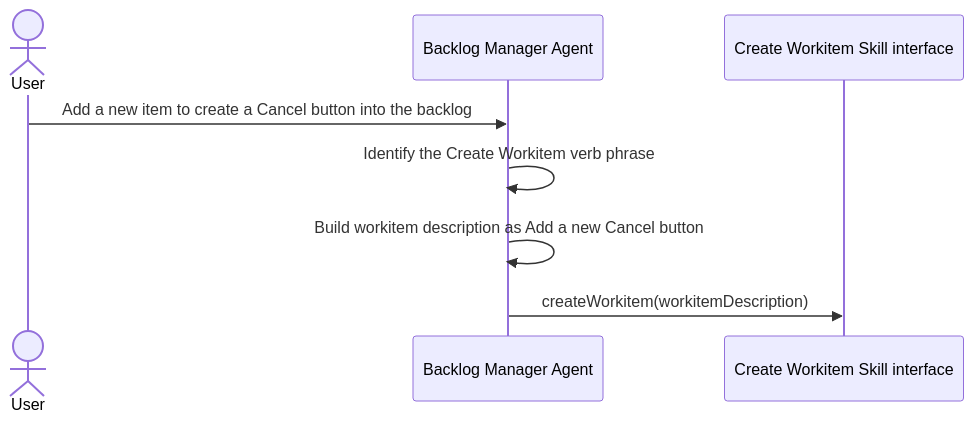
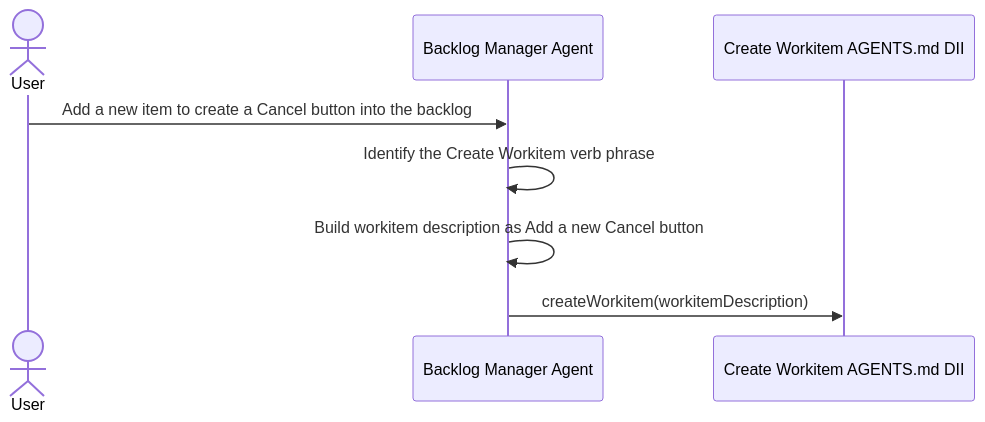
Before and after one commit to martinbechard/dev-methodology: the fourth of 10 diagrams in design/object-oriented-agent-and-skill-model.md, drawn with Mermaid. The commit also changed other lines of this file and 2 other files, not shown here.

````diff
--- a/design/object-oriented-agent-and-skill-model.md
+++ b/design/object-oriented-agent-and-skill-model.md
@@ -171,11 +172,11 @@
 ```mermaid
 sequenceDiagram
     actor User
     participant Agent as Backlog Manager Agent
-    participant Interface as Create Workitem Skill interface
+    participant Interface as Create Workitem AGENTS.md DII
 
     User->>Agent: Add a new item to create a Cancel button into the backlog
     Agent->>Agent: Identify the Create Workitem verb phrase
     Agent->>Agent: Build workitem description as Add a new Cancel button
     Agent->>Interface: createWorkitem(workitemDescription)
 ```
````
